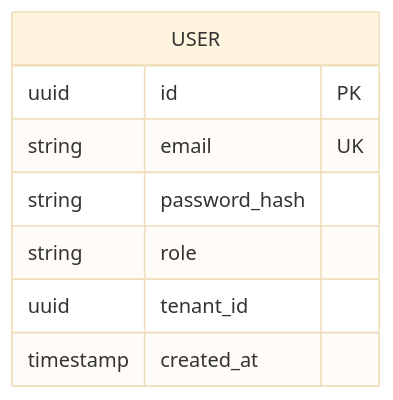
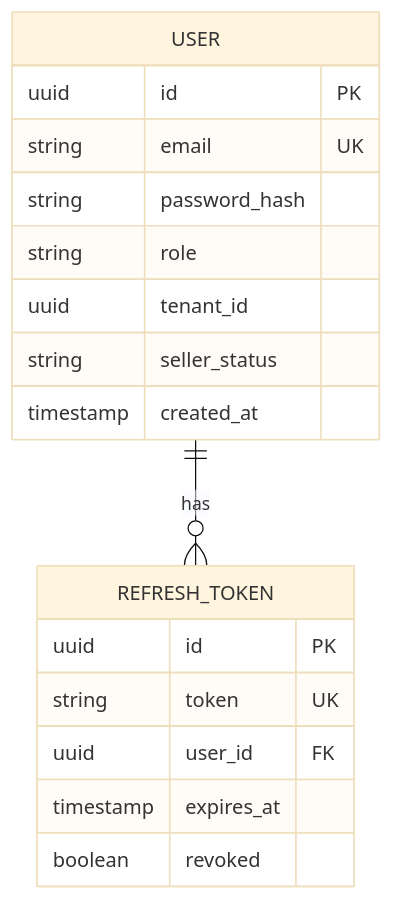
Before and after one commit to stefann5/marketplace: the diagram in diagrams/auth-service/er-diagram.md, drawn with Mermaid (base theme). The commit also changed 1 other file, not shown here.

Commit message:
update auth service diagrams

````diff
--- a/diagrams/auth-service/er-diagram.md
+++ b/diagrams/auth-service/er-diagram.md
@@ -3,11 +3,22 @@
 ```mermaid
 erDiagram
     USER {
         uuid id PK
         string email UK
         string password_hash
         string role
         uuid tenant_id
+        string seller_status
         timestamp created_at
     }
+
+    REFRESH_TOKEN {
+        uuid id PK
+        string token UK
+        uuid user_id FK
+        timestamp expires_at
+        boolean revoked
+    }
+
+    USER ||--o{ REFRESH_TOKEN : "has"
 ```
````
